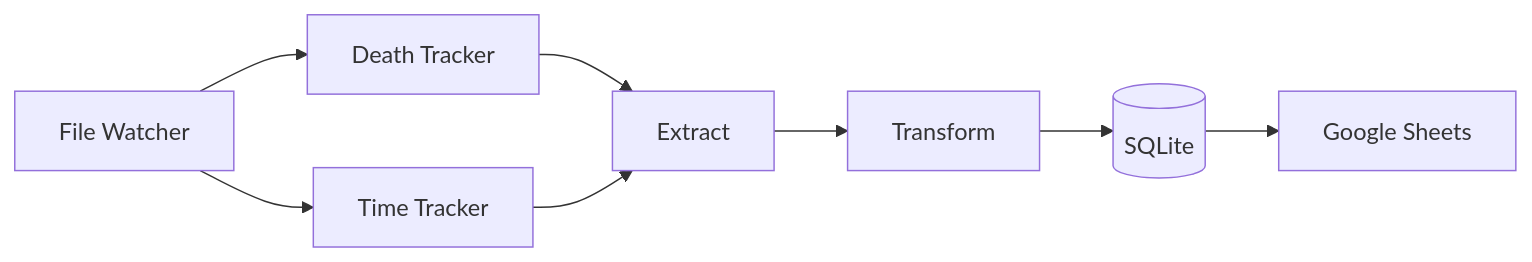
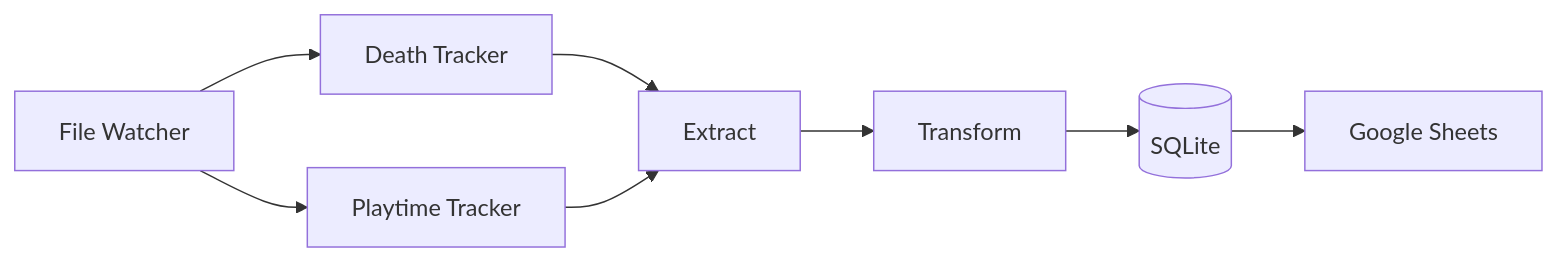
Before and after one commit to LeviTemoteo/gd-Pipeline: the first of 3 diagrams in README.md, drawn with Mermaid. The commit also changed other lines of this file, not shown here.

````diff
--- a/README.md
+++ b/README.md
@@ -24,23 +32,23 @@
 ```mermaid
 flowchart LR
 
 W[File Watcher]
 
 DT[Death Tracker]
-TT[Time Tracker]
+TT[Playtime Tracker]
 
 EX[Extract]
 TR[Transform]
 DB[(SQLite)]
 GS[Google Sheets]
 
 W --> DT
 W --> TT
 
 DT --> EX
 TT --> EX
 
 EX --> TR
 TR --> DB
 DB --> GS
 ```
````
